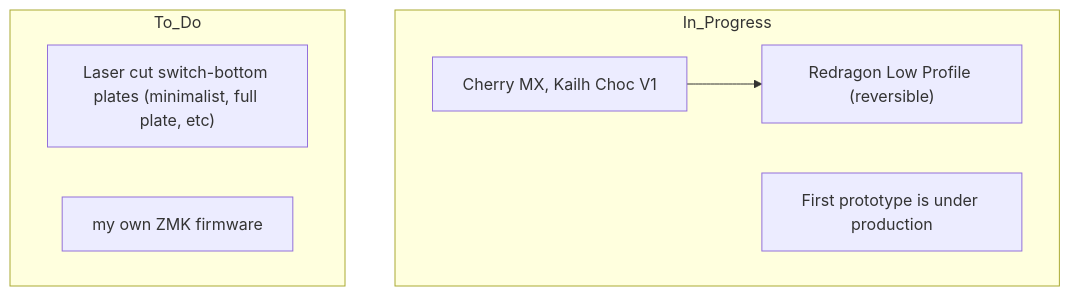
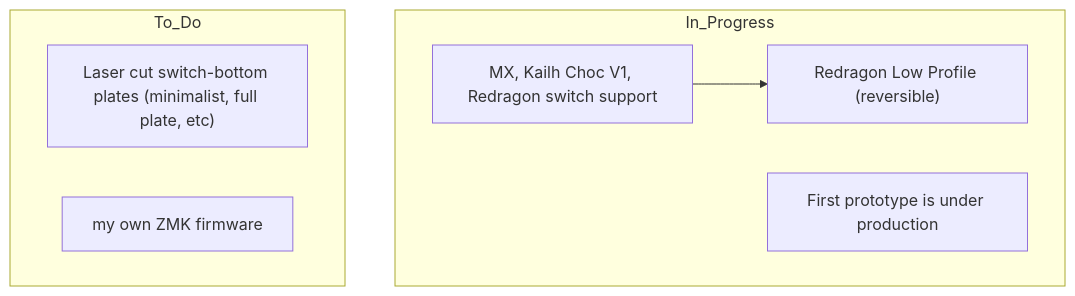
One commit to Apiratchai/cheapis-redragon-lowprofile changed the diagram in README.md. Above: the diagram before and after it, drawn with Mermaid. The commit also changed other lines of this file, not shown here.

````diff
--- a/README.md
+++ b/README.md
@@ -1,15 +1,16 @@
 ```mermaid
 graph TD;
 
 subgraph In_Progress
   id3["Cherry MX, Kailh Choc V1"] --> id4["Redragon Low Profile (reversible)"];
   id5["First prototype is under production"];
 end
 
 subgraph To_Do
   id1["Laser cut switch-bottom plates (minimalist, full plate, etc)"];
   id2["my own ZMK firmware"]
+  id3["MX, Kailh Choc V1, Redragon switch support"]
 end
 
 
 ```
````
